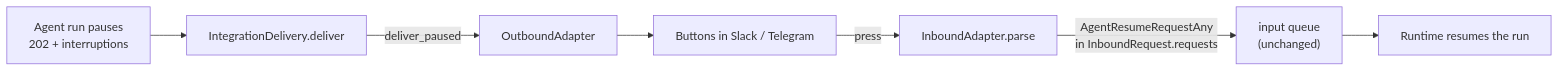
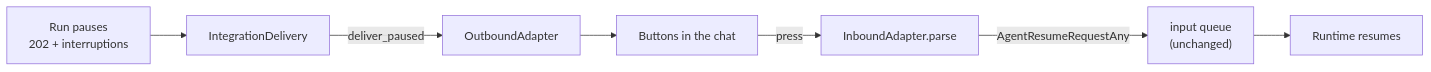
One commit to yaalalabs/agent-kernel changed the diagram in docs/specs/609-hitl-messaging-integrations/design.md. Above: the diagram before and after it, drawn with Mermaid. The commit also changed other lines of this file, not shown here.

````diff
--- a/docs/specs/609-hitl-messaging-integrations/design.md
+++ b/docs/specs/609-hitl-messaging-integrations/design.md
@@ -35,9 +29,9 @@
 ```mermaid
 graph LR
-    P["Agent run pauses<br/>202 + interruptions"] --> D["IntegrationDelivery.deliver"]
+    P["Run pauses<br/>202 + interruptions"] --> D["IntegrationDelivery"]
     D -->|"deliver_paused"| A["OutboundAdapter"]
-    A --> UI["Buttons in Slack / Telegram"]
+    A --> UI["Buttons in the chat"]
     UI -->|"press"| IN["InboundAdapter.parse"]
-    IN -->|"AgentResumeRequestAny<br/>in InboundRequest.requests"| Q["input queue<br/>(unchanged)"]
-    Q --> R["Runtime resumes the run"]
+    IN -->|"AgentResumeRequestAny"| Q["input queue<br/>(unchanged)"]
+    Q --> R["Runtime resumes"]
 ```
````
